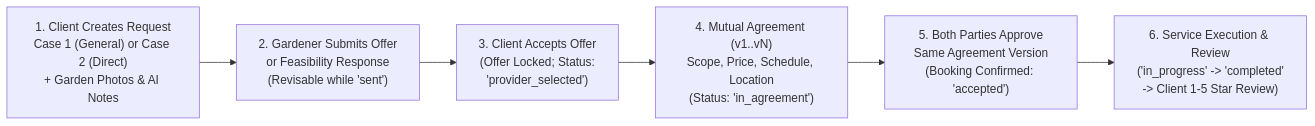
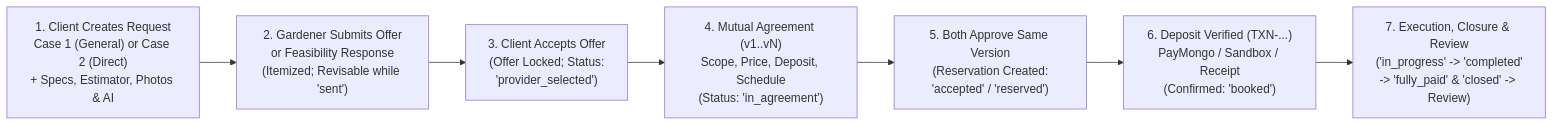
The second of 2 diagrams in README.md (JohanBuenaventura/HugaTiera), drawn with Mermaid before and after one commit. The commit also changed other lines of this file and 92 other files, not shown here.

First line of the commit message:
docs(diagrams): sync ERD, DFDs, workflows, user hierarchy and export PNGs + web/mobile screenshots

````diff
--- a/README.md
+++ b/README.md
@@ -82,8 +82,9 @@
 ```mermaid
 flowchart LR
-  A["1. Client Creates Request<br/>Case 1 (General) or Case 2 (Direct)<br/>+ Garden Photos & AI Notes"] --> B["2. Gardener Submits Offer<br/>or Feasibility Response<br/>(Revisable while 'sent')"]
+  A["1. Client Creates Request<br/>Case 1 (General) or Case 2 (Direct)<br/>+ Specs, Estimator, Photos & AI"] --> B["2. Gardener Submits Offer<br/>or Feasibility Response<br/>(Itemized; Revisable while 'sent')"]
   B --> C["3. Client Accepts Offer<br/>(Offer Locked; Status:<br/>'provider_selected')"]
-  C --> D["4. Mutual Agreement (v1..vN)<br/>Scope, Price, Schedule, Location<br/>(Status: 'in_agreement')"]
-  D --> E["5. Both Parties Approve<br/>Same Agreement Version<br/>(Booking Confirmed: 'accepted')"]
-  E --> F["6. Service Execution & Review<br/>('in_progress' -> 'completed'<br/>-> Client 1-5 Star Review)"]
+  C --> D["4. Mutual Agreement (v1..vN)<br/>Scope, Price, Deposit, Schedule<br/>(Status: 'in_agreement')"]
+  D --> E["5. Both Approve Same Version<br/>(Reservation Created:<br/>'accepted' / 'reserved')"]
+  E --> F["6. Deposit Verified (TXN-...)<br/>PayMongo / Sandbox / Receipt<br/>(Confirmed: 'booked')"]
+  F --> G["7. Execution, Closure & Review<br/>('in_progress' -> 'completed'<br/>-> 'fully_paid' & 'closed' -> Review)"]
 ```
````
